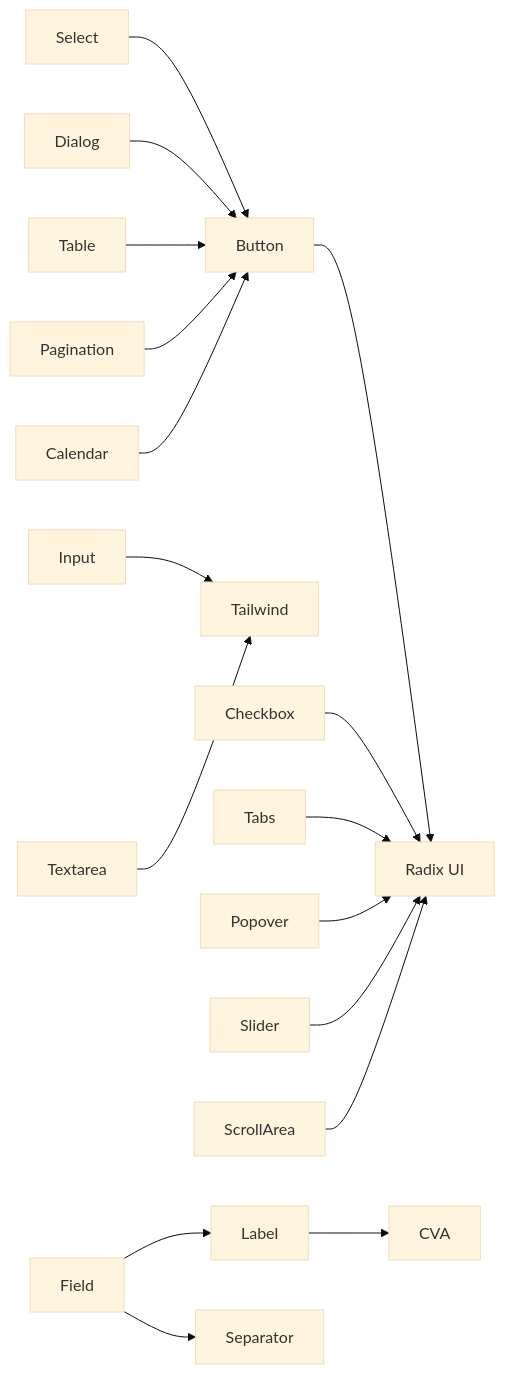
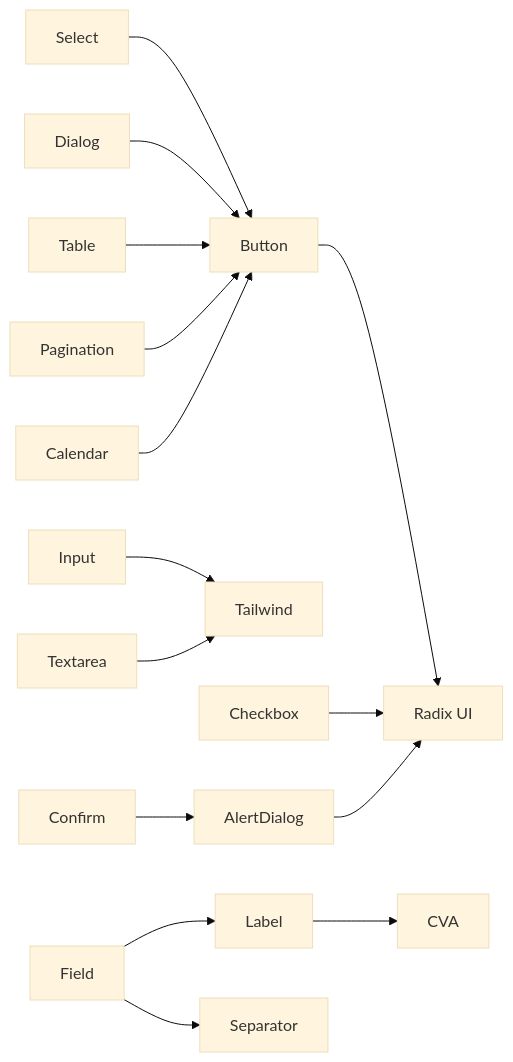
Before and after one commit to RadiumAg/AIGate: the third of 3 diagrams in .qoder/repowiki/zh/content/前端组件/UI 组件库.md, drawn with Mermaid (base theme). The commit also changed other lines of this file and 3 other files, not shown here.

````diff
--- a/.qoder/repowiki/zh/content/前端组件/UI 组件库.md
+++ b/.qoder/repowiki/zh/content/前端组件/UI 组件库.md
@@ -459,19 +522,17 @@
 ```mermaid
 graph LR
 BTN["Button"] --> RAD["Radix UI"]
 INP["Input"] --> TWD["Tailwind"]
 TXT["Textarea"] --> TWD
 CHK["Checkbox"] --> RAD
 SEL["Select"] --> BTN
 DLG["Dialog"] --> BTN
-TAB["Tabs"] --> RAD
-POP["Popover"] --> RAD
-SLI["Slider"] --> RAD
-SCR["ScrollArea"] --> RAD
+ALERT["AlertDialog"] --> RAD
+CONFIRM["Confirm"] --> ALERT
 TBL["Table"] --> BTN
 PAG["Pagination"] --> BTN
 CAL["Calendar"] --> BTN
 LAB["Label"] --> CVA["CVA"]
 FLD["Field"] --> LAB
 FLD --> SEP["Separator"]
 ```
````
